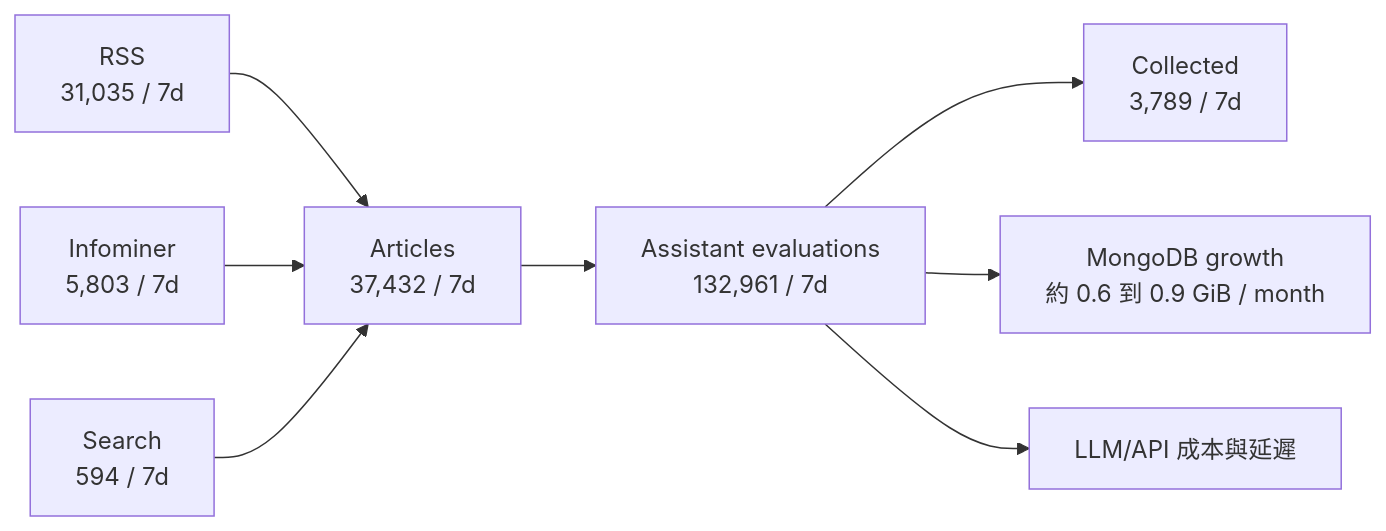
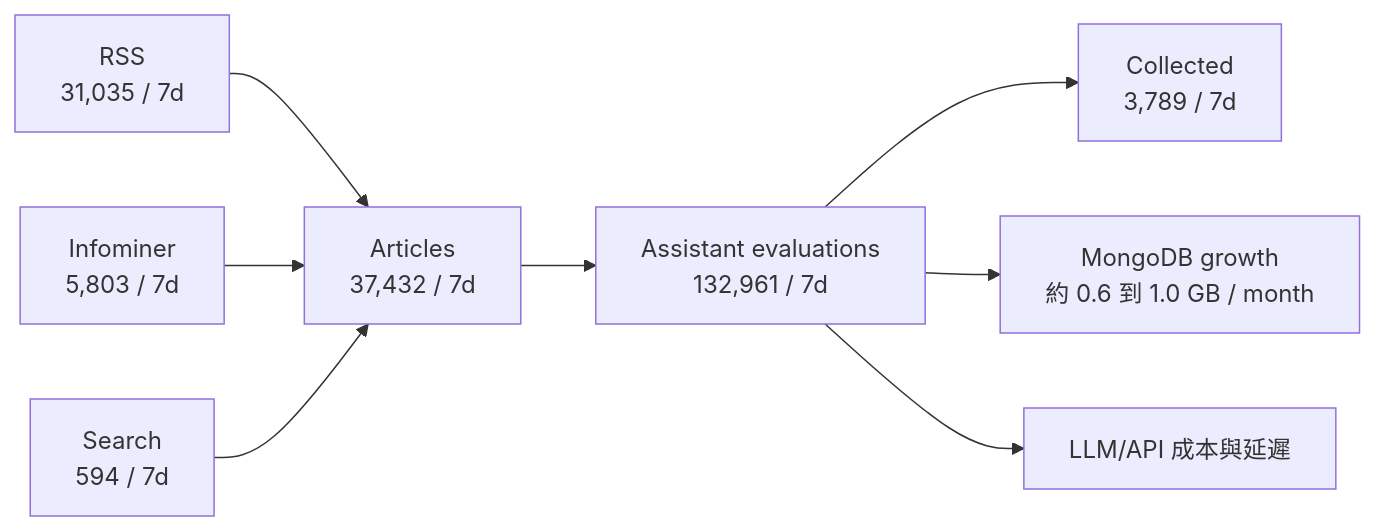
Before and after one commit to chunkai1312/temp: the fourth of 17 diagrams in production-resource-architecture-proposal.md, drawn with Mermaid. The commit also changed other lines of this file, not shown here.

````diff
--- a/production-resource-architecture-proposal.md
+++ b/production-resource-architecture-proposal.md
@@ -159,10 +159,10 @@
 ```mermaid
 flowchart LR
   RSS["RSS\n31,035 / 7d"] --> ARTICLES["Articles\n37,432 / 7d"]
   INFOMINER["Infominer\n5,803 / 7d"] --> ARTICLES
   SEARCH["Search\n594 / 7d"] --> ARTICLES
   ARTICLES --> EVAL["Assistant evaluations\n132,961 / 7d"]
   EVAL --> COLLECTED["Collected\n3,789 / 7d"]
-  EVAL --> STORAGE["MongoDB growth\n約 0.6 到 0.9 GiB / month"]
+  EVAL --> STORAGE["MongoDB growth\n約 0.6 到 1.0 GB / month"]
   EVAL --> LLM["LLM/API 成本與延遲"]
 ```
````
